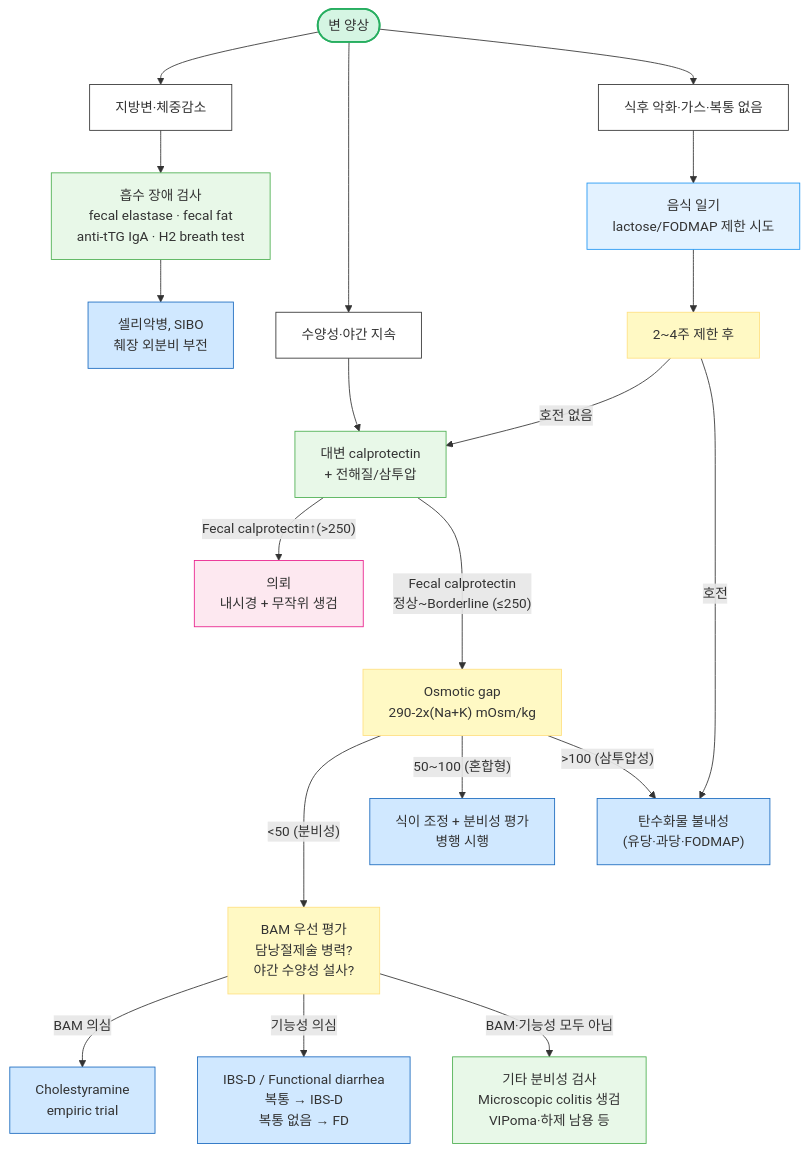
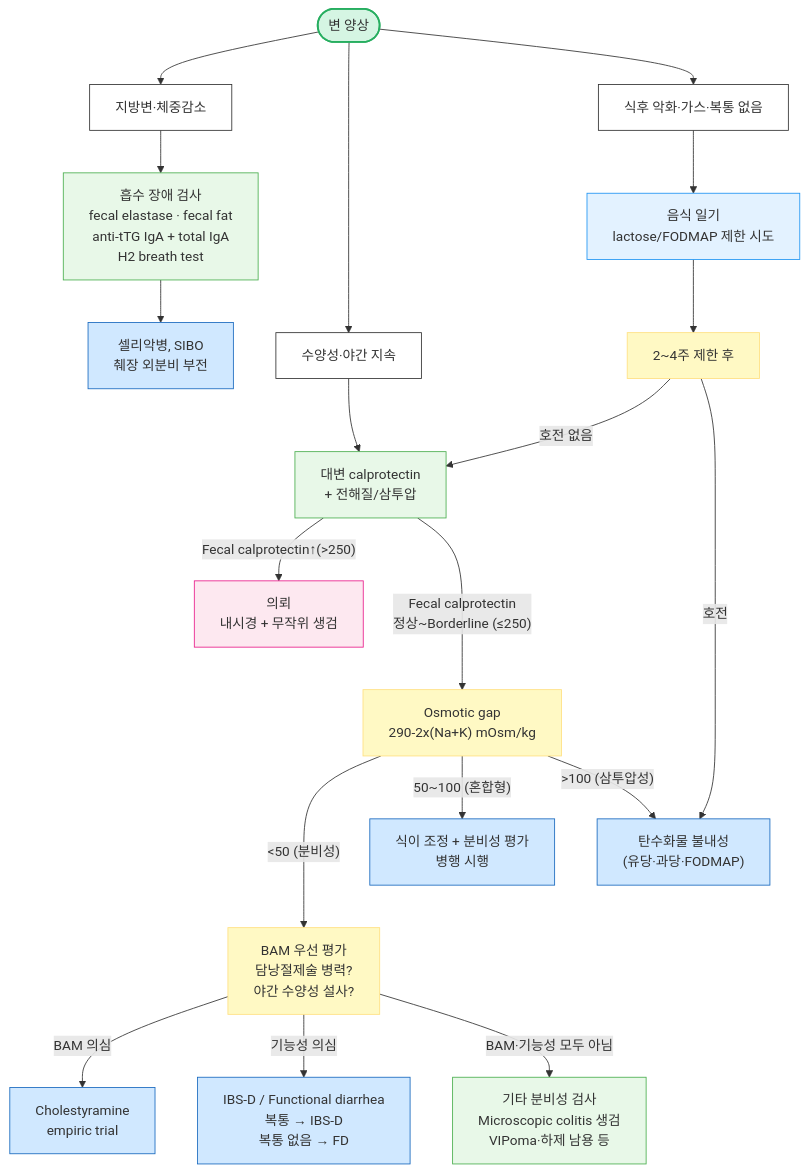
Before and after one commit to familyoh77/familyoh77: the second of 2 diagrams in 224_/084_-chronic-diarrhea.md, drawn with Mermaid. The commit also changed other lines of this file, not shown here.

````diff
--- a/224_/084_-chronic-diarrhea.md
+++ b/224_/084_-chronic-diarrhea.md
@@ -198,31 +203,31 @@
 ```mermaid
 graph TD
-    Phenotype(["변 양상"]) --> A["지방변·체중감소"] --> Malabs["흡수 장애 검사<br/>fecal elastase · fecal fat<br/>anti-tTG IgA · H2 breath test"]
+    Phenotype(["변 양상"]) --> A["지방변·체중감소"] --> Malabs["흡수 장애 검사<br/>fecal elastase · fecal fat<br/>anti-tTG IgA + total IgA<br/>H2 breath test"]
     Phenotype --> B["수양성·야간 지속"] --> WateryDD["대변 calprotectin<br/>+ 전해질/삼투압"]
     Phenotype --> C["식후 악화·가스·복통 없음"] --> OsmoDD["음식 일기<br/>lactose/FODMAP 제한 시도"]
     OsmoDD --> OsmoResult["2~4주 제한 후"]
     OsmoResult -- "호전 없음" --> WateryDD
     Malabs --> MalabsDx["셀리악병, SIBO<br/>췌장 외분비 부전"]
     WateryDD -- "Fecal calprotectin↑(>250)" --> IBDRef["의뢰<br/>내시경 + 무작위 생검"]
     WateryDD -- "Fecal calprotectin <br/>정상~Borderline (≤250)" ---> OsmoGap["Osmotic gap<br/>290-2x(Na+K) mOsm/kg"]
     OsmoGap -- "<50 (분비성)" ---> BAMFirst["BAM 우선 평가<br/>담낭절제술 병력?<br/>야간 수양성 설사?"]
     BAMFirst -- "BAM 의심" --> CholTrial["Cholestyramine<br/>empiric trial"]
     BAMFirst -- "기능성 의심" --> Functional["IBS-D / Functional diarrhea<br/>복통 → IBS-D<br/>복통 없음 → FD"]
     BAMFirst -- "BAM·기능성 모두 아님" --> Secretory2["기타 분비성 검사<br/>Microscopic colitis 생검<br/>VIPoma·하제 남용 등"]
     OsmoGap -- "50~100 (혼합형)" --> MixedEval["식이 조정 + 분비성 평가<br/>병행 시행"]
     OsmoResult -- "호전" --> OsmoDx["탄수화물 불내성<br/>(유당·과당·FODMAP)"]
     OsmoGap -- ">100 (삼투압성)" --> OsmoDx
 classDef white fill:#fff,stroke:#333
 class A,B,C white
 style Phenotype fill:#d5f5e3,stroke:#27ae60,stroke-width:2px
 classDef blue fill:#d0e8ff,stroke:#1a6abf
 class MalabsDx,OsmoDx,MixedEval,CholTrial,Functional blue
 classDef pink fill:#fde8f0,stroke:#e91e8c
 class IBDRef pink
 classDef lightGreen fill:#e8f8e8,stroke:#4caf50
 class Secretory2,Malabs,WateryDD lightGreen
 classDef sky fill:#e3f2ff,stroke:#2196f3
 class OsmoDD sky
 classDef yellow fill:#fff9c4,stroke:#ffe082
 class OsmoResult,OsmoGap,BAMFirst yellow
 ```
````
